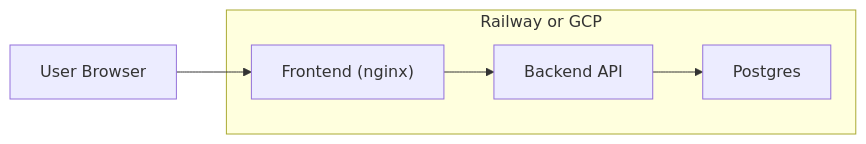
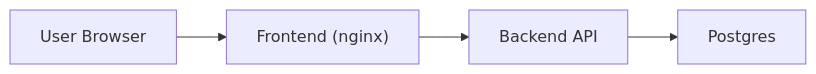
Before and after one commit to Outblock/flowindex: the fourth of 4 diagrams in ARCHITECTURE.md, drawn with Mermaid. The commit also changed other lines of this file and 5 other files, not shown here.

Commit message:
Add relative/absolute timestamps and expand architecture/flowscan docs

````diff
--- a/ARCHITECTURE.md
+++ b/ARCHITECTURE.md
@@ -141,12 +138,6 @@
 ```mermaid
 flowchart LR
-  subgraph Infra["Railway or GCP"]
-    FE["Frontend (nginx)"]
-    API["Backend API"]
-    DB["Postgres"]
-  end
-
-  User["User Browser"] --> FE
-  FE --> API
-  API --> DB
+  U["User Browser"] --> FE["Frontend (nginx)"]
+  FE --> API["Backend API"]
+  API --> DB["Postgres"]
 ```
````
